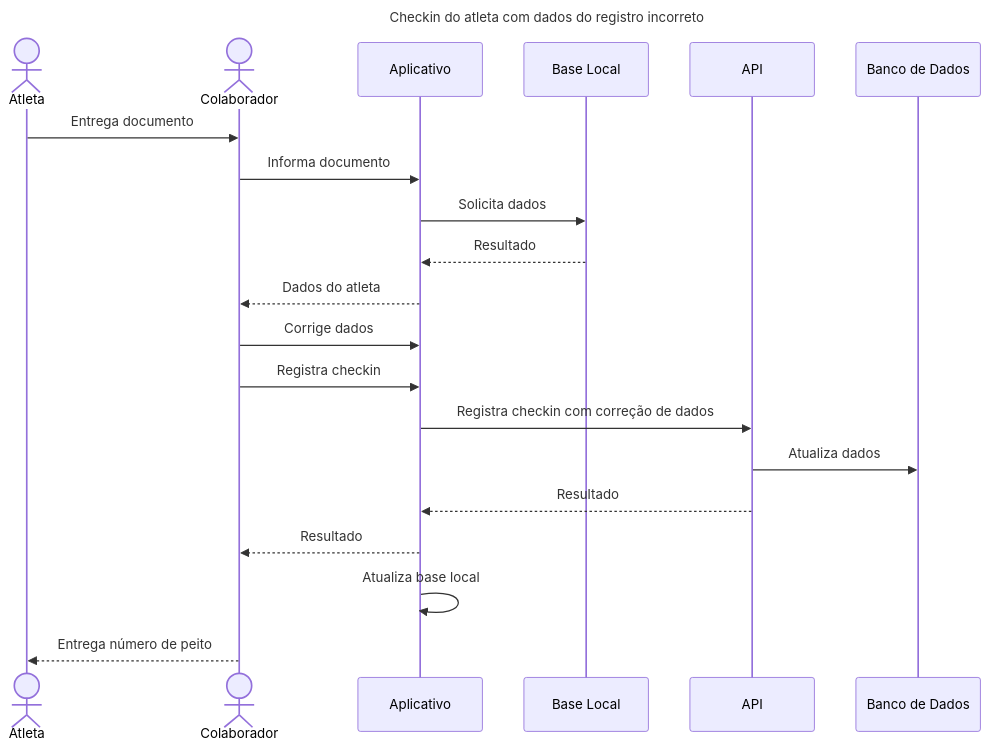
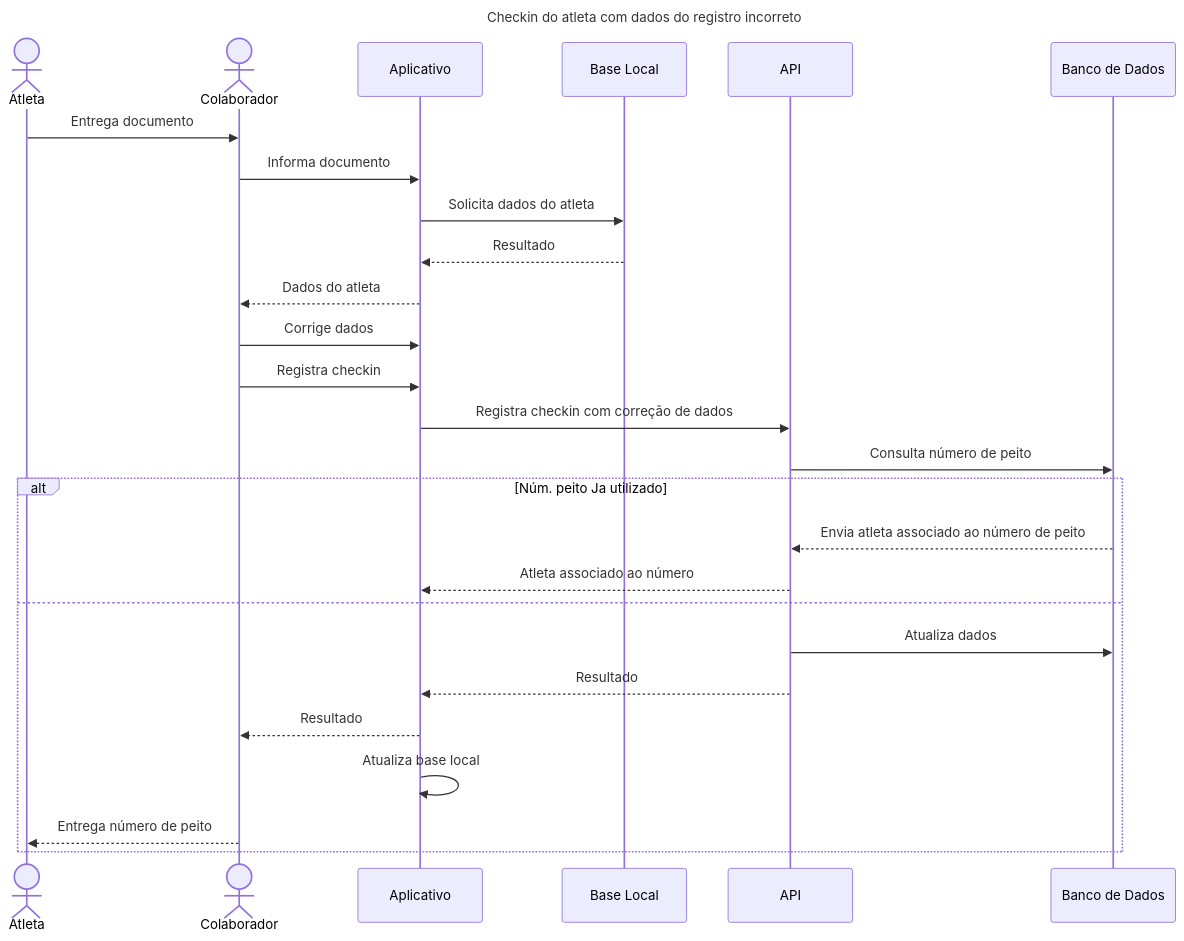
The diagram in designer/diagrams/features/checkin_record_incorrect.md (brgilsonsp/corrida_familia_piba), drawn with Mermaid before and after one commit. The commit also changed 4 other files, not shown here.

````diff
--- a/designer/diagrams/features/checkin_record_incorrect.md
+++ b/designer/diagrams/features/checkin_record_incorrect.md
@@ -1,25 +1,31 @@
 ```mermaid
 sequenceDiagram
     title Checkin do atleta com dados do registro incorreto
 
     actor Atleta as Atleta
     actor Colaborador as Colaborador
     participant Aplicativo as Aplicativo
     participant DB_LOCAL as Base Local
     participant API as API
     participant DB as Banco de Dados
     
     Atleta->>Colaborador: Entrega documento
     Colaborador->>Aplicativo: Informa documento
-    Aplicativo->>DB_LOCAL: Solicita dados
+    Aplicativo->>DB_LOCAL: Solicita dados do atleta
     DB_LOCAL-->>Aplicativo: Resultado
     Aplicativo-->>Colaborador: Dados do atleta
     Colaborador->>Aplicativo: Corrige dados
     Colaborador->>Aplicativo: Registra checkin
     Aplicativo->>API: Registra checkin com correção de dados
-    API->>DB: Atualiza dados
-    API-->>Aplicativo: Resultado
-    Aplicativo-->>Colaborador: Resultado
-    Aplicativo->>Aplicativo: Atualiza base local
-    Colaborador-->>Atleta: Entrega número de peito
+    API->>DB: Consulta número de peito
+    alt Núm. peito Ja utilizado
+        DB-->>API: Envia atleta associado ao número de peito
+        API-->>Aplicativo: Atleta associado ao número
+    else
+        API->>DB: Atualiza dados
+        API-->>Aplicativo: Resultado
+        Aplicativo-->>Colaborador: Resultado
+        Aplicativo->>Aplicativo: Atualiza base local
+        Colaborador-->>Atleta: Entrega número de peito
+    end
 ```
````
